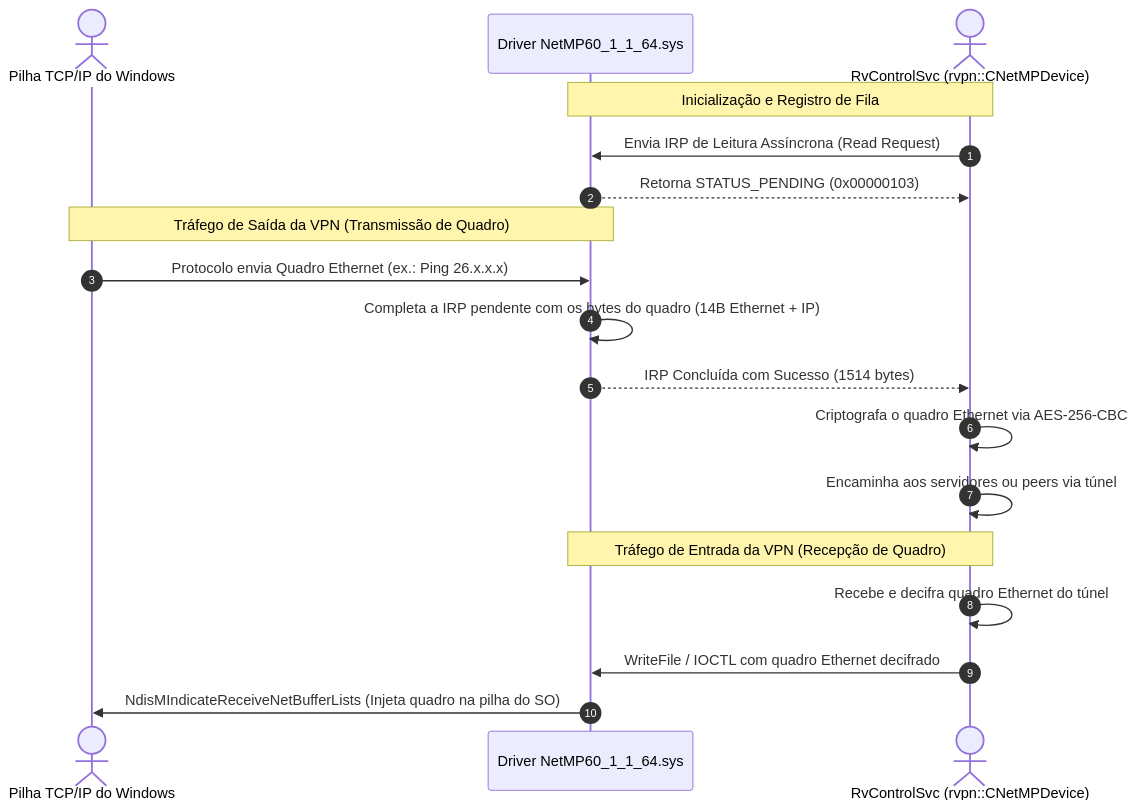
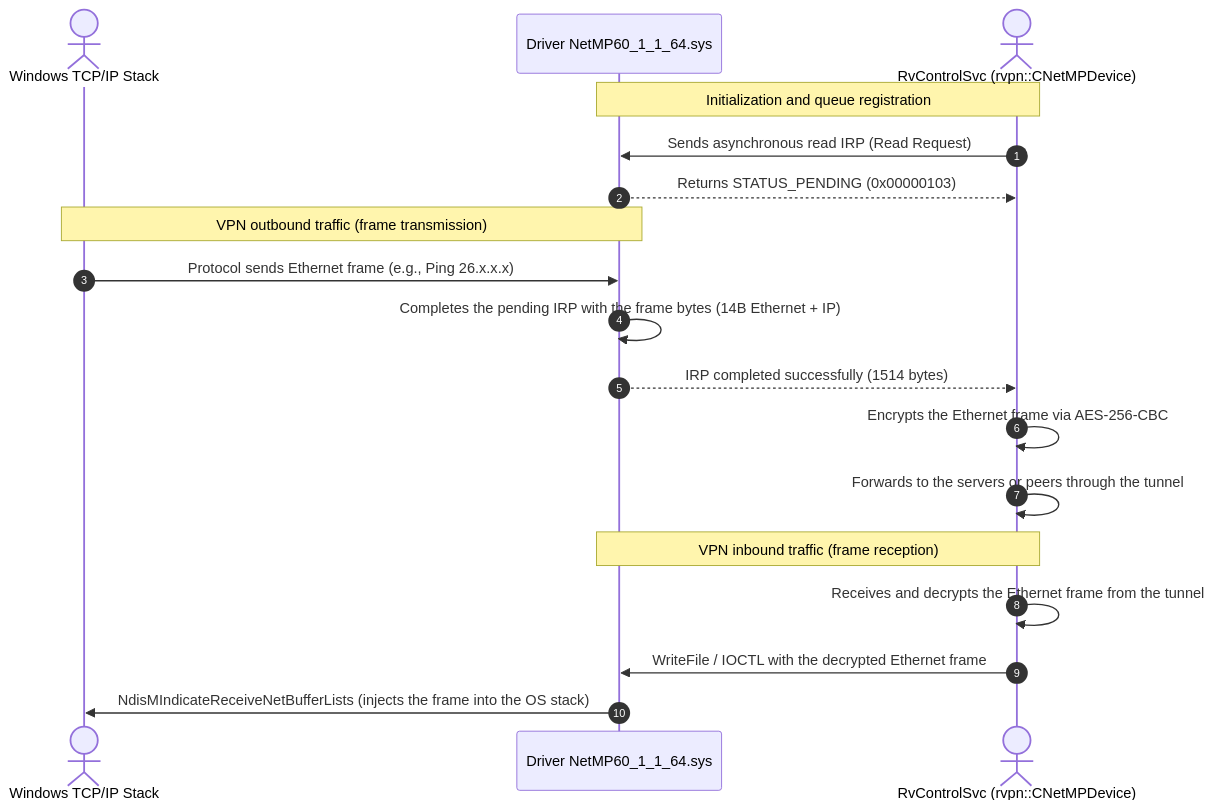
One commit to Pedrodroks34/radmin-vpn-linux-rs changed the diagram in docs/reverse-engineering/round-02/09-ndis-driver.md. Above: the diagram before and after it, drawn with Mermaid. The commit also changed other lines of this file and 38 other files, not shown here.

````diff
--- a/docs/reverse-engineering/round-02/09-ndis-driver.md
+++ b/docs/reverse-engineering/round-02/09-ndis-driver.md
@@ -46,23 +46,23 @@
 ```mermaid
 sequenceDiagram
     autonumber
-    actor OS as Pilha TCP/IP do Windows
+    actor OS as Windows TCP/IP Stack
     participant D as Driver NetMP60_1_1_64.sys
     actor Svc as RvControlSvc (rvpn::CNetMPDevice)
 
-    Note over Svc,D: Inicialização e Registro de Fila
-    Svc->>D: Envia IRP de Leitura Assíncrona (Read Request)
-    D-->>Svc: Retorna STATUS_PENDING (0x00000103)
-    
-    Note over OS,D: Tráfego de Saída da VPN (Transmissão de Quadro)
-    OS->>D: Protocolo envia Quadro Ethernet (ex.: Ping 26.x.x.x)
-    D->>D: Completa a IRP pendente com os bytes do quadro (14B Ethernet + IP)
-    D-->>Svc: IRP Concluída com Sucesso (1514 bytes)
-    Svc->>Svc: Criptografa o quadro Ethernet via AES-256-CBC
-    Svc->>Svc: Encaminha aos servidores ou peers via túnel
+    Note over Svc,D: Initialization and queue registration
+    Svc->>D: Sends asynchronous read IRP (Read Request)
+    D-->>Svc: Returns STATUS_PENDING (0x00000103)
 
-    Note over Svc,D: Tráfego de Entrada da VPN (Recepção de Quadro)
-    Svc->>Svc: Recebe e decifra quadro Ethernet do túnel
-    Svc->>D: WriteFile / IOCTL com quadro Ethernet decifrado
-    D->>OS: NdisMIndicateReceiveNetBufferLists (Injeta quadro na pilha do SO)
+    Note over OS,D: VPN outbound traffic (frame transmission)
+    OS->>D: Protocol sends Ethernet frame (e.g., Ping 26.x.x.x)
+    D->>D: Completes the pending IRP with the frame bytes (14B Ethernet + IP)
+    D-->>Svc: IRP completed successfully (1514 bytes)
+    Svc->>Svc: Encrypts the Ethernet frame via AES-256-CBC
+    Svc->>Svc: Forwards to the servers or peers through the tunnel
+
+    Note over Svc,D: VPN inbound traffic (frame reception)
+    Svc->>Svc: Receives and decrypts the Ethernet frame from the tunnel
+    Svc->>D: WriteFile / IOCTL with the decrypted Ethernet frame
+    D->>OS: NdisMIndicateReceiveNetBufferLists (injects the frame into the OS stack)
 ```
````
